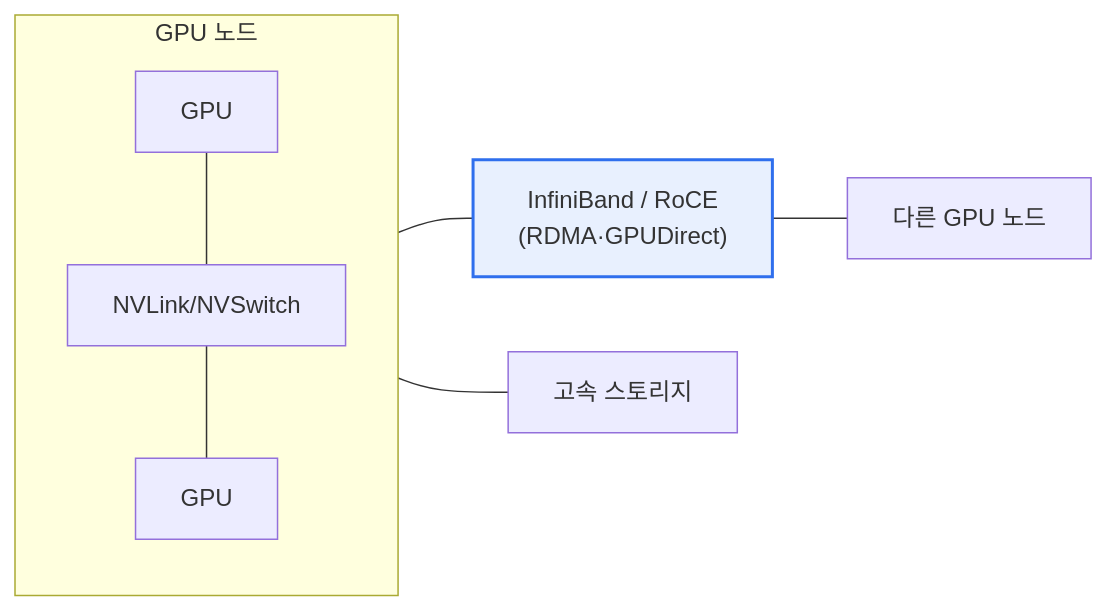
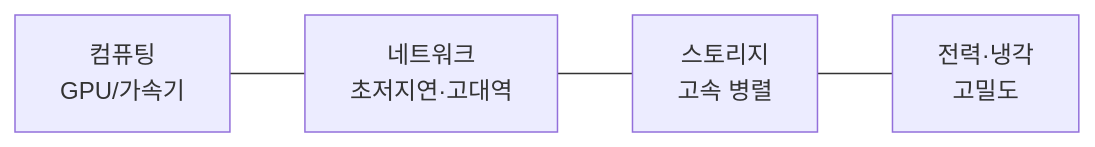
One commit to coninggu/wjdqhrhksflrltnftk changed the diagram in content/ai-datacenter.md. Above: the diagram before and after it, drawn with Mermaid. The commit also changed other lines of this file and 28 other files, not shown here.

````diff
--- a/content/ai-datacenter.md
+++ b/content/ai-datacenter.md
@@ -14,9 +14,6 @@
 ```mermaid
 flowchart LR
-  subgraph Node["GPU 노드"]
-    G1[GPU] --- NV[NVLink/NVSwitch] --- G2[GPU]
-  end
-  Node --- IB["InfiniBand / RoCE<br/>(RDMA·GPUDirect)"] --- Node2[다른 GPU 노드]
-  Node --- ST[고속 스토리지]
-  style IB fill:#e8f0fe,stroke:#2f6fed,stroke-width:2px
+  C[컴퓨팅<br/>GPU/가속기] --- N[네트워크<br/>초저지연·고대역]
+  N --- S[스토리지<br/>고속 병렬]
+  S --- P[전력·냉각<br/>고밀도]
 ```
````
